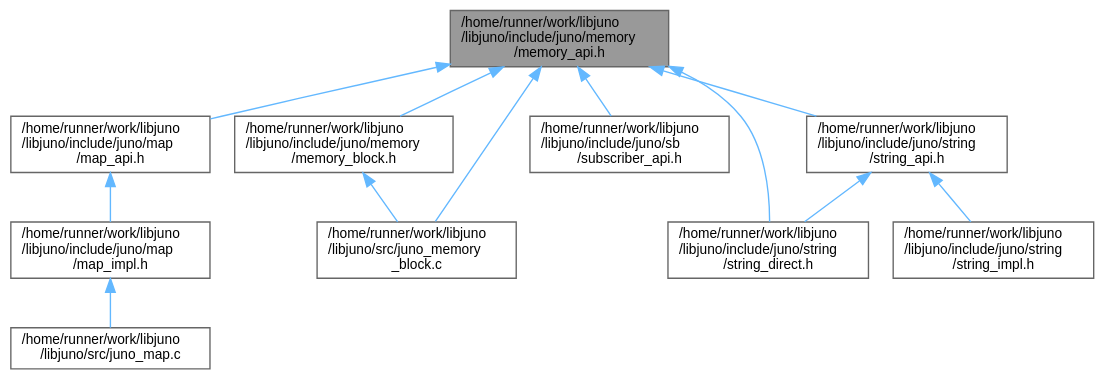
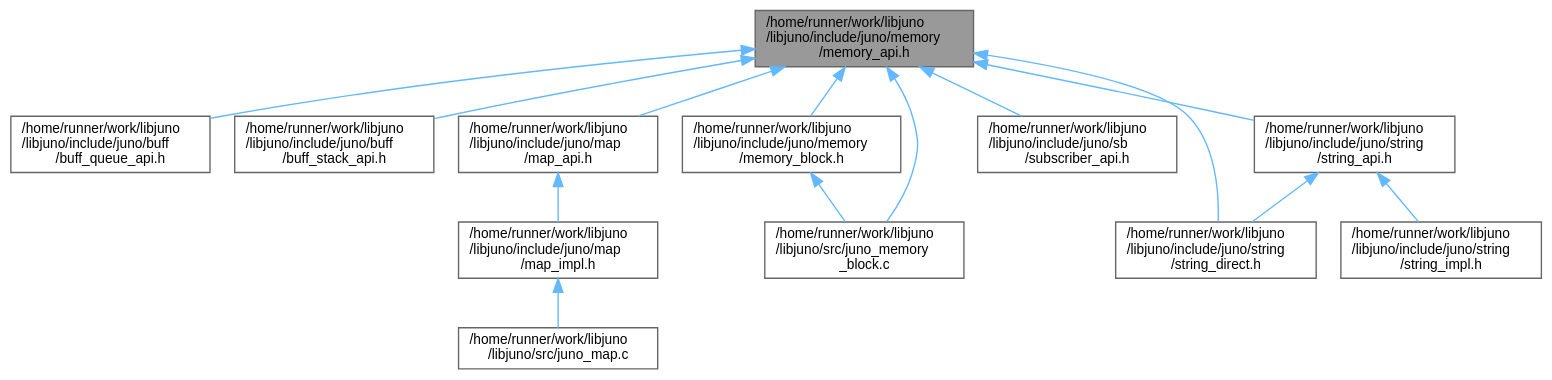
One commit to robinonsay/libjuno changed the diagram in memory__api_8h__dep__incl.dot. Above: the diagram before and after it, drawn with Graphviz. The commit also changed 227 other files, not shown here.

```diff
--- a/memory__api_8h__dep__incl.dot
+++ b/memory__api_8h__dep__incl.dot
@@ -1,28 +1,32 @@
 digraph "/home/runner/work/libjuno/libjuno/include/juno/memory/memory_api.h"
 {
  // LATEX_PDF_SIZE
   bgcolor="transparent";
   edge [fontname=Helvetica,fontsize=10,labelfontname=Helvetica,labelfontsize=10];
   node [fontname=Helvetica,fontsize=10,shape=box,height=0.2,width=0.4];
   Node1 [id="Node000001",label="/home/runner/work/libjuno\l/libjuno/include/juno/memory\l/memory_api.h",height=0.2,width=0.4,color="gray40", fillcolor="grey60", style="filled", fontcolor="black",tooltip=" "];
   Node1 -> Node2 [id="edge1_Node000001_Node000002",dir="back",color="steelblue1",style="solid",tooltip=" "];
-  Node2 [id="Node000002",label="/home/runner/work/libjuno\l/libjuno/include/juno/map\l/map_api.h",height=0.2,width=0.4,color="grey40", fillcolor="white", style="filled",URL="$map__api_8h.html",tooltip=" "];
-  Node2 -> Node3 [id="edge2_Node000002_Node000003",dir="back",color="steelblue1",style="solid",tooltip=" "];
-  Node3 [id="Node000003",label="/home/runner/work/libjuno\l/libjuno/include/juno/map\l/map_impl.h",height=0.2,width=0.4,color="grey40", fillcolor="white", style="filled",URL="$map__impl_8h.html",tooltip=" "];
-  Node3 -> Node4 [id="edge3_Node000003_Node000004",dir="back",color="steelblue1",style="solid",tooltip=" "];
-  Node4 [id="Node000004",label="/home/runner/work/libjuno\l/libjuno/src/juno_map.c",height=0.2,width=0.4,color="grey40", fillcolor="white", style="filled",URL="$juno__map_8c.html",tooltip=" "];
-  Node1 -> Node5 [id="edge4_Node000001_Node000005",dir="back",color="steelblue1",style="solid",tooltip=" "];
-  Node5 [id="Node000005",label="/home/runner/work/libjuno\l/libjuno/include/juno/memory\l/memory_block.h",height=0.2,width=0.4,color="grey40", fillcolor="white", style="filled",URL="$memory__block_8h.html",tooltip=" "];
+  Node2 [id="Node000002",label="/home/runner/work/libjuno\l/libjuno/include/juno/buff\l/buff_queue_api.h",height=0.2,width=0.4,color="grey40", fillcolor="white", style="filled",URL="$buff__queue__api_8h.html",tooltip=" "];
+  Node1 -> Node3 [id="edge2_Node000001_Node000003",dir="back",color="steelblue1",style="solid",tooltip=" "];
+  Node3 [id="Node000003",label="/home/runner/work/libjuno\l/libjuno/include/juno/buff\l/buff_stack_api.h",height=0.2,width=0.4,color="grey40", fillcolor="white", style="filled",URL="$buff__stack__api_8h.html",tooltip=" "];
+  Node1 -> Node4 [id="edge3_Node000001_Node000004",dir="back",color="steelblue1",style="solid",tooltip=" "];
+  Node4 [id="Node000004",label="/home/runner/work/libjuno\l/libjuno/include/juno/map\l/map_api.h",height=0.2,width=0.4,color="grey40", fillcolor="white", style="filled",URL="$map__api_8h.html",tooltip=" "];
+  Node4 -> Node5 [id="edge4_Node000004_Node000005",dir="back",color="steelblue1",style="solid",tooltip=" "];
+  Node5 [id="Node000005",label="/home/runner/work/libjuno\l/libjuno/include/juno/map\l/map_impl.h",height=0.2,width=0.4,color="grey40", fillcolor="white", style="filled",URL="$map__impl_8h.html",tooltip=" "];
   Node5 -> Node6 [id="edge5_Node000005_Node000006",dir="back",color="steelblue1",style="solid",tooltip=" "];
-  Node6 [id="Node000006",label="/home/runner/work/libjuno\l/libjuno/src/juno_memory\l_block.c",height=0.2,width=0.4,color="grey40", fillcolor="white", style="filled",URL="$juno__memory__block_8c.html",tooltip=" "];
+  Node6 [id="Node000006",label="/home/runner/work/libjuno\l/libjuno/src/juno_map.c",height=0.2,width=0.4,color="grey40", fillcolor="white", style="filled",URL="$juno__map_8c.html",tooltip=" "];
   Node1 -> Node7 [id="edge6_Node000001_Node000007",dir="back",color="steelblue1",style="solid",tooltip=" "];
-  Node7 [id="Node000007",label="/home/runner/work/libjuno\l/libjuno/include/juno/sb\l/subscriber_api.h",height=0.2,width=0.4,color="grey40", fillcolor="white", style="filled",URL="$subscriber__api_8h.html",tooltip=" "];
-  Node1 -> Node8 [id="edge7_Node000001_Node000008",dir="back",color="steelblue1",style="solid",tooltip=" "];
-  Node8 [id="Node000008",label="/home/runner/work/libjuno\l/libjuno/include/juno/string\l/string_api.h",height=0.2,width=0.4,color="grey40", fillcolor="white", style="filled",URL="$string__api_8h.html",tooltip=" "];
-  Node8 -> Node9 [id="edge8_Node000008_Node000009",dir="back",color="steelblue1",style="solid",tooltip=" "];
-  Node9 [id="Node000009",label="/home/runner/work/libjuno\l/libjuno/include/juno/string\l/string_direct.h",height=0.2,width=0.4,color="grey40", fillcolor="white", style="filled",URL="$string__direct_8h.html",tooltip=" "];
-  Node8 -> Node10 [id="edge9_Node000008_Node000010",dir="back",color="steelblue1",style="solid",tooltip=" "];
-  Node10 [id="Node000010",label="/home/runner/work/libjuno\l/libjuno/include/juno/string\l/string_impl.h",height=0.2,width=0.4,color="grey40", fillcolor="white", style="filled",URL="$string__impl_8h.html",tooltip=" "];
-  Node1 -> Node9 [id="edge10_Node000001_Node000009",dir="back",color="steelblue1",style="solid",tooltip=" "];
-  Node1 -> Node6 [id="edge11_Node000001_Node000006",dir="back",color="steelblue1",style="solid",tooltip=" "];
+  Node7 [id="Node000007",label="/home/runner/work/libjuno\l/libjuno/include/juno/memory\l/memory_block.h",height=0.2,width=0.4,color="grey40", fillcolor="white", style="filled",URL="$memory__block_8h.html",tooltip=" "];
+  Node7 -> Node8 [id="edge7_Node000007_Node000008",dir="back",color="steelblue1",style="solid",tooltip=" "];
+  Node8 [id="Node000008",label="/home/runner/work/libjuno\l/libjuno/src/juno_memory\l_block.c",height=0.2,width=0.4,color="grey40", fillcolor="white", style="filled",URL="$juno__memory__block_8c.html",tooltip=" "];
+  Node1 -> Node9 [id="edge8_Node000001_Node000009",dir="back",color="steelblue1",style="solid",tooltip=" "];
+  Node9 [id="Node000009",label="/home/runner/work/libjuno\l/libjuno/include/juno/sb\l/subscriber_api.h",height=0.2,width=0.4,color="grey40", fillcolor="white", style="filled",URL="$subscriber__api_8h.html",tooltip=" "];
+  Node1 -> Node10 [id="edge9_Node000001_Node000010",dir="back",color="steelblue1",style="solid",tooltip=" "];
+  Node10 [id="Node000010",label="/home/runner/work/libjuno\l/libjuno/include/juno/string\l/string_api.h",height=0.2,width=0.4,color="grey40", fillcolor="white", style="filled",URL="$string__api_8h.html",tooltip=" "];
+  Node10 -> Node11 [id="edge10_Node000010_Node000011",dir="back",color="steelblue1",style="solid",tooltip=" "];
+  Node11 [id="Node000011",label="/home/runner/work/libjuno\l/libjuno/include/juno/string\l/string_direct.h",height=0.2,width=0.4,color="grey40", fillcolor="white", style="filled",URL="$string__direct_8h.html",tooltip=" "];
+  Node10 -> Node12 [id="edge11_Node000010_Node000012",dir="back",color="steelblue1",style="solid",tooltip=" "];
+  Node12 [id="Node000012",label="/home/runner/work/libjuno\l/libjuno/include/juno/string\l/string_impl.h",height=0.2,width=0.4,color="grey40", fillcolor="white", style="filled",URL="$string__impl_8h.html",tooltip=" "];
+  Node1 -> Node11 [id="edge12_Node000001_Node000011",dir="back",color="steelblue1",style="solid",tooltip=" "];
+  Node1 -> Node8 [id="edge13_Node000001_Node000008",dir="back",color="steelblue1",style="solid",tooltip=" "];
 }
```
